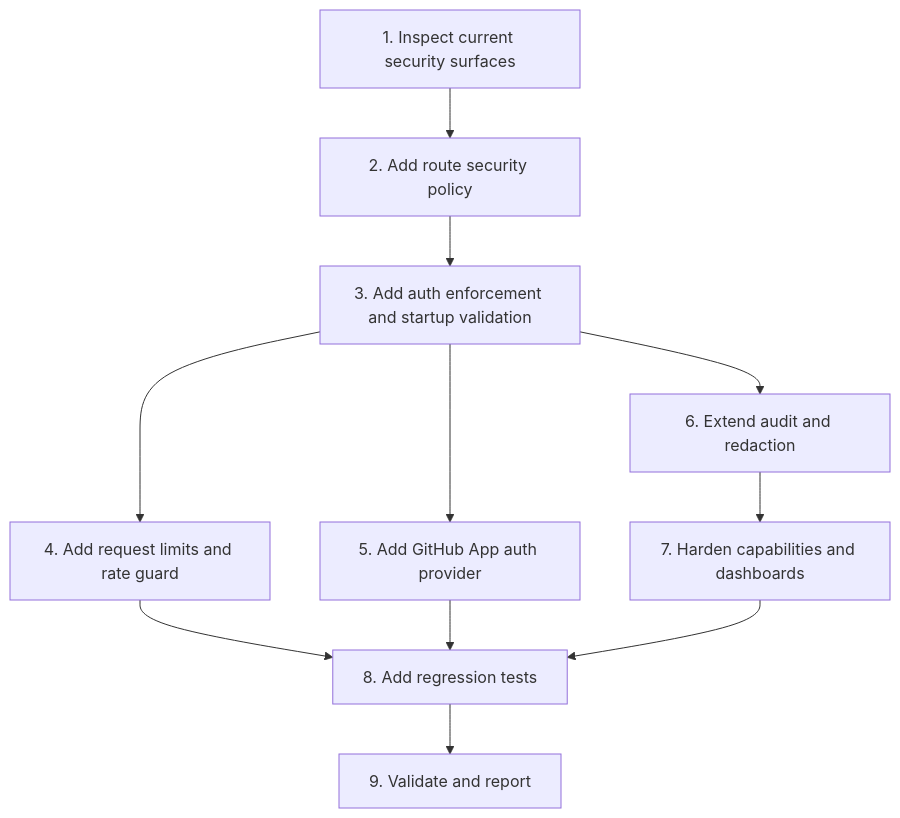
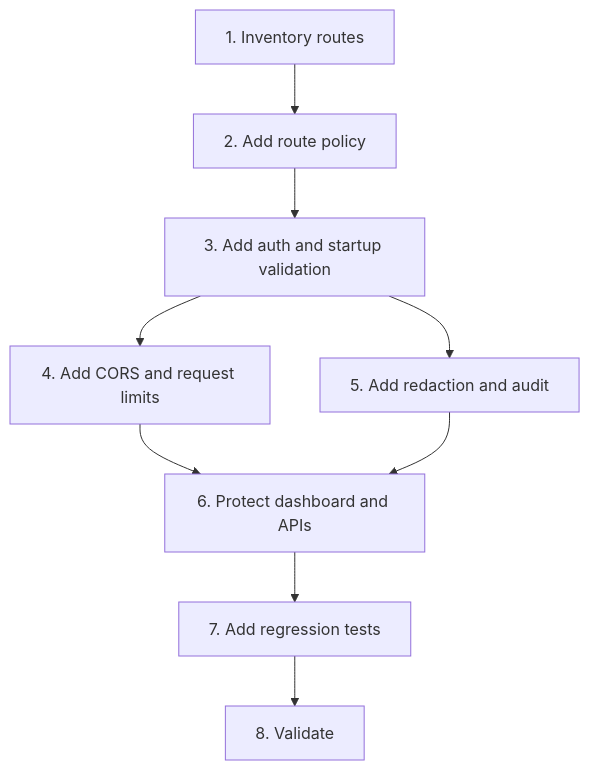
Before and after one commit to nhatnguyenquang1838-coder/ds_mcp_server: the diagram in .kiro/specs/SEC-MCP-01-security-hardening/tasks.md, drawn with Mermaid. The commit also changed other lines of this file and 44 other files, not shown here.

````diff
--- a/.kiro/specs/SEC-MCP-01-security-hardening/tasks.md
+++ b/.kiro/specs/SEC-MCP-01-security-hardening/tasks.md
@@ -9,13 +9,11 @@
 ```mermaid
 graph TD
-  T1[1. Inspect current security surfaces] --> T2[2. Add route security policy]
-  T2 --> T3[3. Add auth enforcement and startup validation]
-  T3 --> T4[4. Add request limits and rate guard]
-  T3 --> T5[5. Add GitHub App auth provider]
-  T3 --> T6[6. Extend audit and redaction]
-  T6 --> T7[7. Harden capabilities and dashboards]
-  T4 --> T8[8. Add regression tests]
-  T5 --> T8
-  T7 --> T8
-  T8 --> T9[9. Validate and report]
+  T1[1. Inventory routes] --> T2[2. Add route policy]
+  T2 --> T3[3. Add auth and startup validation]
+  T3 --> T4[4. Add CORS and request limits]
+  T3 --> T5[5. Add redaction and audit]
+  T4 --> T6[6. Protect dashboard and APIs]
+  T5 --> T6
+  T6 --> T7[7. Add regression tests]
+  T7 --> T8[8. Validate]
 ```
````
